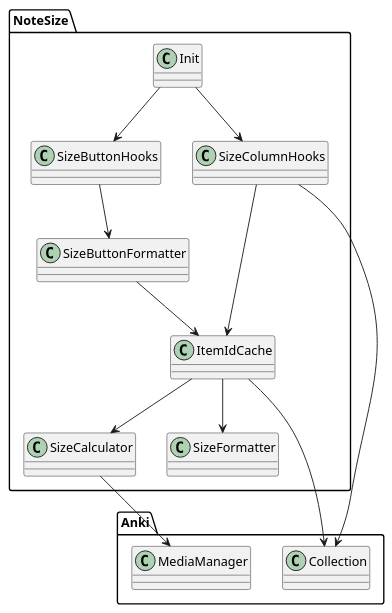
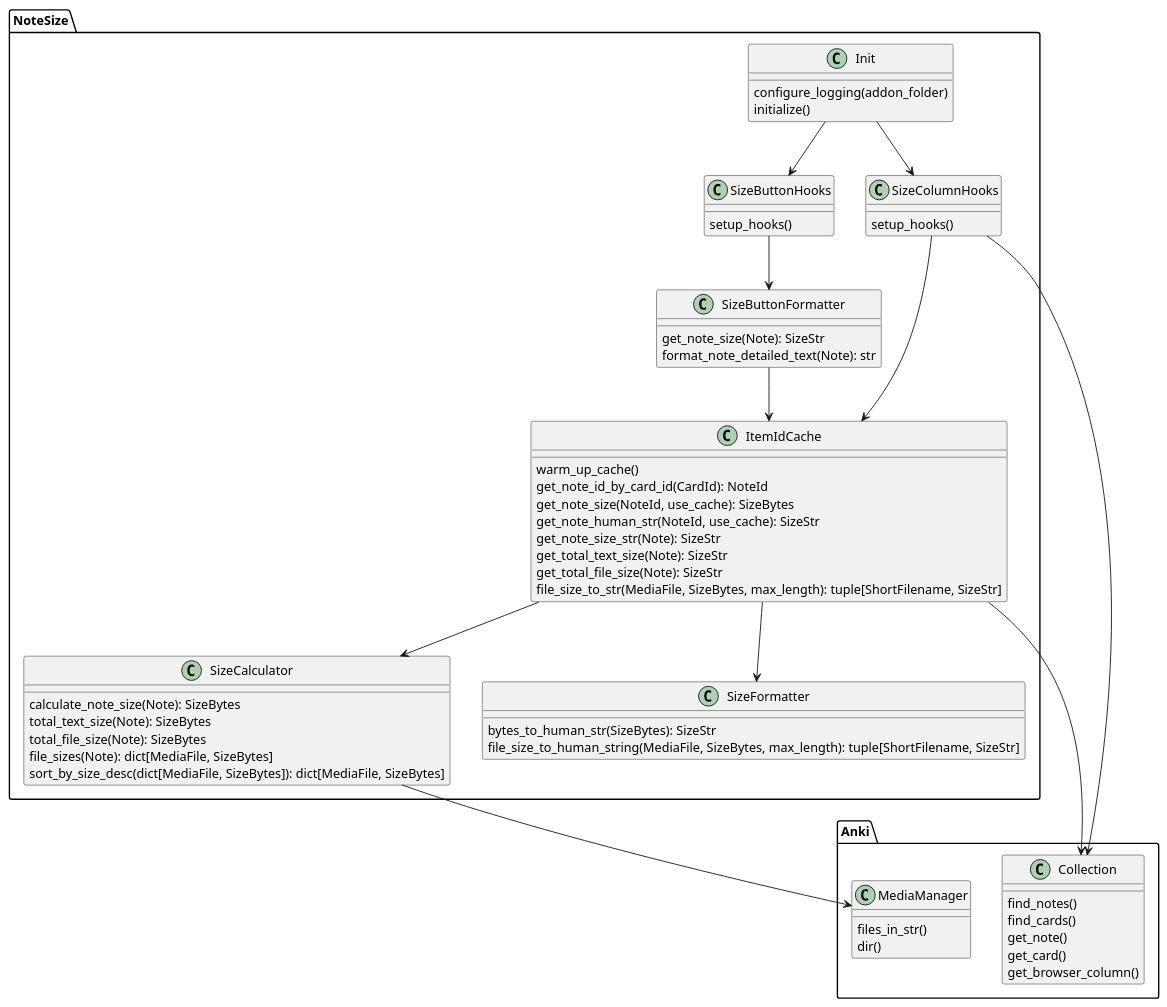
The diagram in docs/class_diagram.puml (Aleks-Ya/note-size-anki-addon), drawn with PlantUML before and after one commit.

Commit message:
Add functions to class_diagram

```diff
--- a/docs/class_diagram.puml
+++ b/docs/class_diagram.puml
@@ -1,39 +1,76 @@
 @startuml
 'https://plantuml.com/class-diagram
 
 package Anki {
-    class Collection
-    class MediaManager
+    class Collection {
+        find_notes()
+        find_cards()
+        get_note()
+        get_card()
+        get_browser_column()
+    }
+    class MediaManager {
+        files_in_str()
+        dir()
+    }
 }
 
 package NoteSize {
     together {
-        class SizeButtonHooks
-        class SizeColumnHooks
+        class SizeButtonHooks {
+            setup_hooks()
+        }
+        class SizeColumnHooks {
+            setup_hooks()
+        }
     }
-    class SizeButtonFormatter
-    class SizeCalculator
-    class SizeFormatter
-    class ItemIdCache
-    class Init
+    class SizeButtonFormatter {
+        get_note_size(Note): SizeStr
+        format_note_detailed_text(Note): str
+    }
+    class SizeCalculator {
+        calculate_note_size(Note): SizeBytes
+        total_text_size(Note): SizeBytes
+        total_file_size(Note): SizeBytes
+        file_sizes(Note): dict[MediaFile, SizeBytes]
+        sort_by_size_desc(dict[MediaFile, SizeBytes]): dict[MediaFile, SizeBytes]
+    }
+    class SizeFormatter {
+        bytes_to_human_str(SizeBytes): SizeStr
+        file_size_to_human_string(MediaFile, SizeBytes, max_length): tuple[ShortFilename, SizeStr]
+    }
+    class ItemIdCache {
+        warm_up_cache()
+        get_note_id_by_card_id(CardId): NoteId
+        get_note_size(NoteId, use_cache): SizeBytes
+        get_note_human_str(NoteId, use_cache): SizeStr
+        get_note_size_str(Note): SizeStr
+        get_total_text_size(Note): SizeStr
+        get_total_file_size(Note): SizeStr
+        file_size_to_str(MediaFile, SizeBytes, max_length): tuple[ShortFilename, SizeStr]
+    }
+    class Init {
+        configure_logging(addon_folder)
+        initialize()
+    }
 }
 
 Init --> SizeColumnHooks
 Init --> SizeButtonHooks
 
 
 SizeButtonFormatter --> ItemIdCache
 
 SizeButtonHooks --> SizeButtonFormatter
 
 SizeCalculator --> MediaManager
 
 SizeColumnHooks --> Collection
 SizeColumnHooks --> ItemIdCache
 
 ItemIdCache --> Collection
 ItemIdCache --> SizeCalculator
 ItemIdCache --> SizeFormatter
 
 
 @enduml
```
